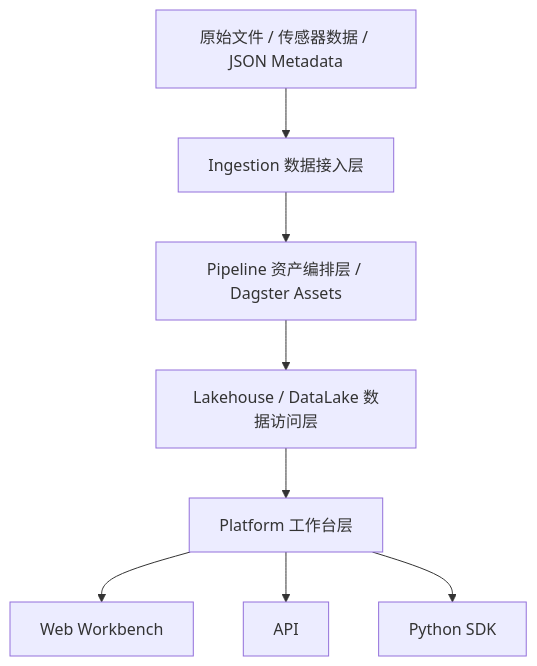
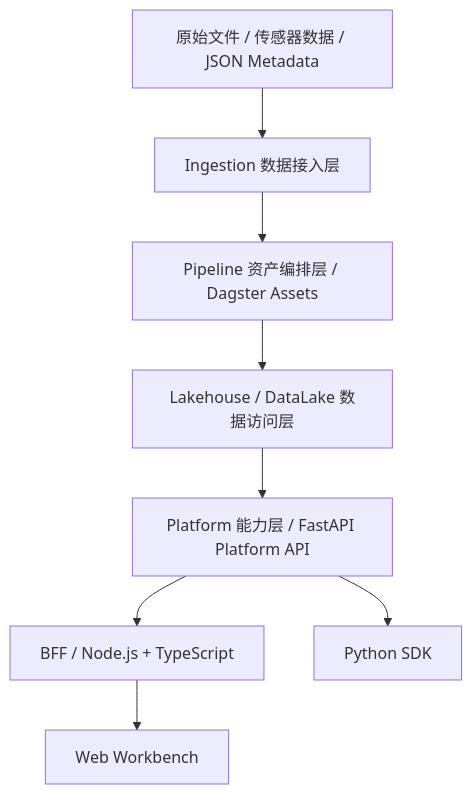
Before and after one commit to gray-cgm/ai-native-data-engine: the first of 4 diagrams in docs/architecture/mermaid-diagrams.md, drawn with Mermaid. The commit also changed other lines of this file and 25 other files, not shown here.

````diff
--- a/docs/architecture/mermaid-diagrams.md
+++ b/docs/architecture/mermaid-diagrams.md
@@ -5,10 +5,10 @@
 ```mermaid
 flowchart TD
     A[原始文件 / 传感器数据 / JSON Metadata] --> B[Ingestion 数据接入层]
     B --> C[Pipeline 资产编排层 / Dagster Assets]
     C --> D[Lakehouse / DataLake 数据访问层]
-    D --> E[Platform 工作台层]
-    E --> F[Web Workbench]
-    E --> G[API]
+    D --> E[Platform 能力层 / FastAPI Platform API]
+    E --> F[BFF / Node.js + TypeScript]
+    F --> G[Web Workbench]
     E --> H[Python SDK]
 ```
````
